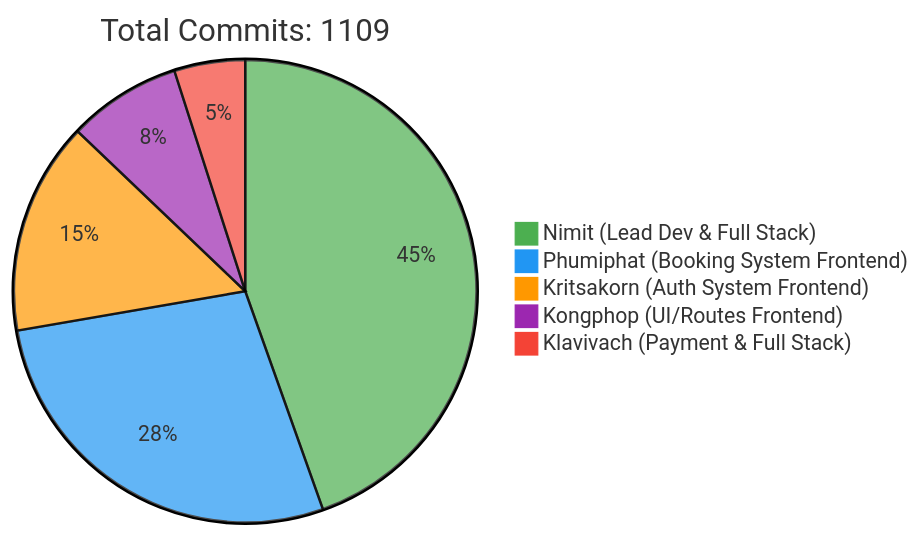
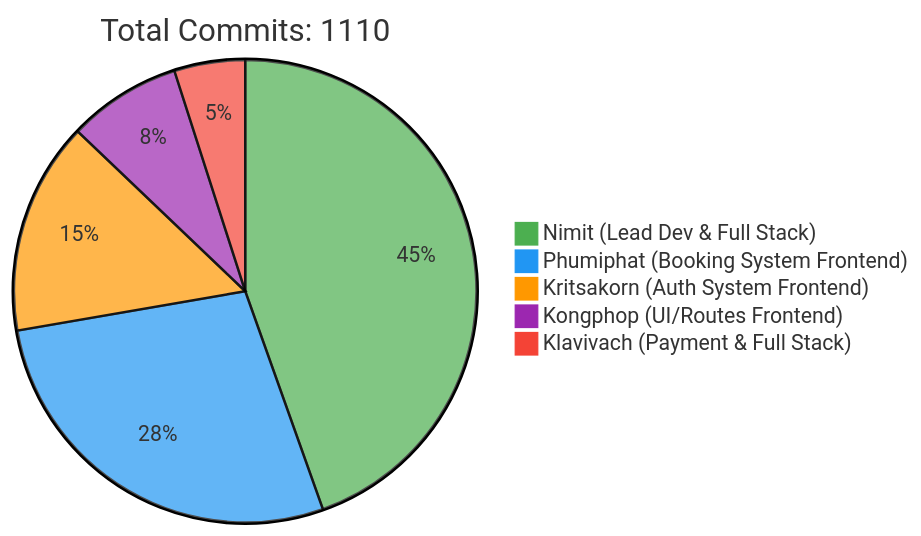
One commit to 6531503042/Sport-Complex changed the first of 2 diagrams in README.md. Above: the diagram before and after it, drawn with Mermaid. The commit also changed other lines of this file, not shown here.

Commit message:
docs: Update contributor statistics [skip ci]

````diff
--- a/README.md
+++ b/README.md
@@ -257,10 +257,10 @@
 ```mermaid
 %%{init: {'theme': 'base', 'themeVariables': { 'pie1': '#4CAF50', 'pie2': '#2196F3', 'pie3': '#FF9800', 'pie4': '#9C27B0', 'pie5': '#F44336'}}}%%
 pie
-    title Total Commits: 1109
+    title Total Commits: 1110
     "Nimit (Lead Dev & Full Stack)" : 450
     "Phumiphat (Booking System Frontend)" : 280
     "Kritsakorn (Auth System Frontend)" : 150
     "Kongphop (UI/Routes Frontend)" : 80
     "Klavivach (Payment & Full Stack)" : 50
 ```
````
